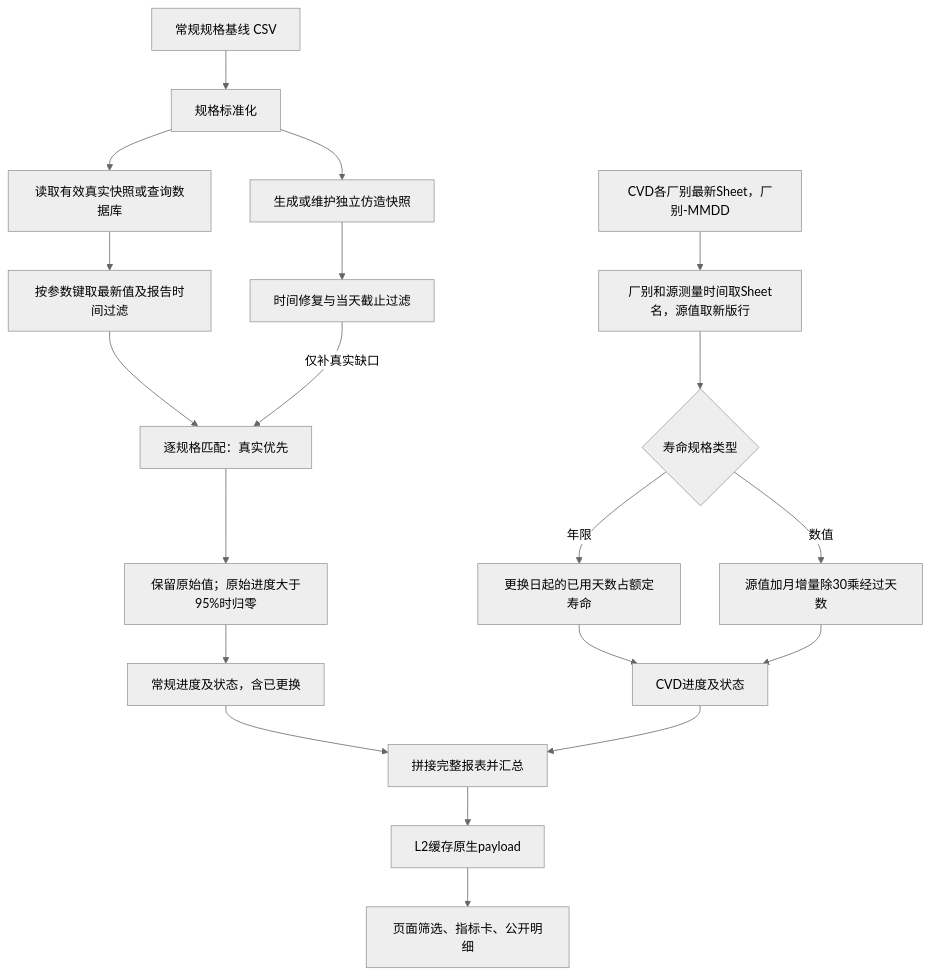
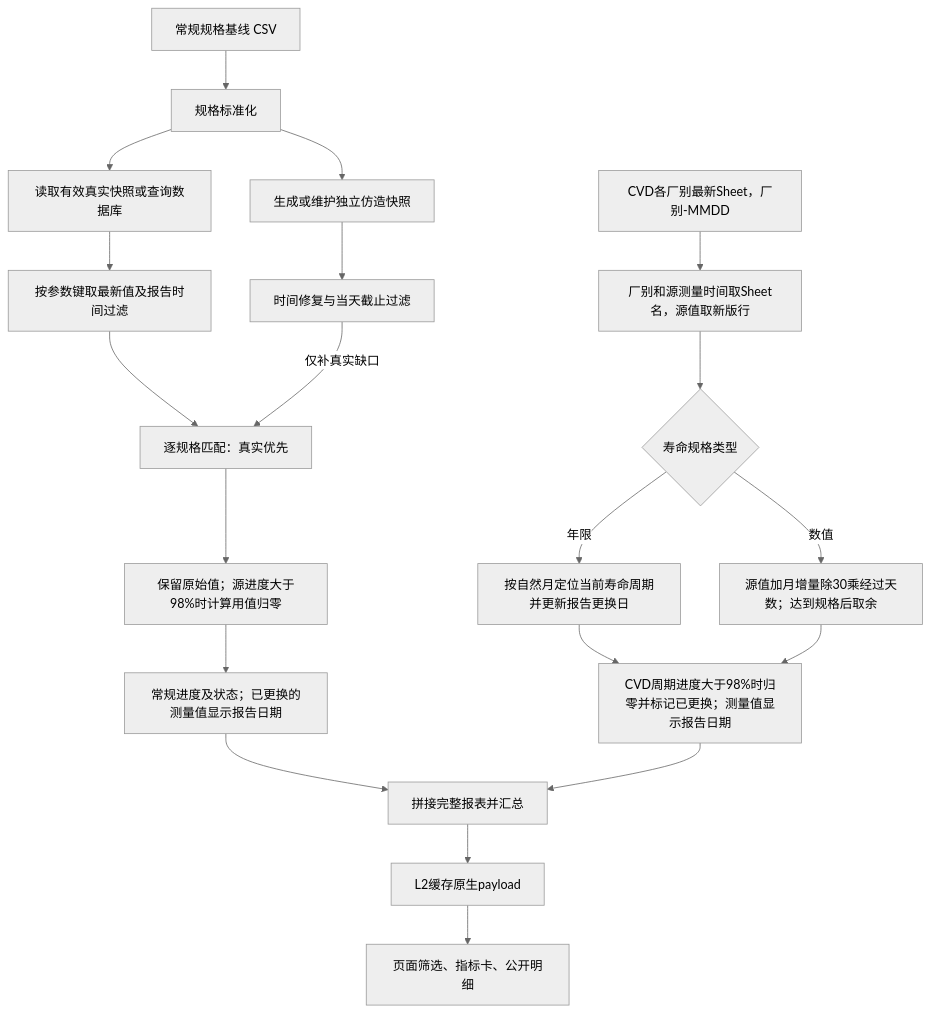
The diagram in references/domain/equipment_domain/parts/data-flow-critical-parts.md (wzygio/vivo-project), drawn with Mermaid (neutral theme) before and after one commit. The commit also changed other lines of this file and 146 other files, not shown here.

````diff
--- a/references/domain/equipment_domain/parts/data-flow-critical-parts.md
+++ b/references/domain/equipment_domain/parts/data-flow-critical-parts.md
@@ -19,22 +19,22 @@
 ```mermaid
 flowchart TD
     A[常规规格基线 CSV] --> B[规格标准化]
     B --> C[读取有效真实快照或查询数据库]
     C --> D[按参数键取最新值及报告时间过滤]
     B --> E[生成或维护独立仿造快照]
     E --> F[时间修复与当天截止过滤]
     D --> G[逐规格匹配：真实优先]
     F -->|仅补真实缺口| G
-    G --> H[保留原始值；原始进度大于95%时归零]
-    H --> I[常规进度及状态，含已更换]
+    G --> H[保留原始值；源进度大于98%时计算用值归零]
+    H --> I[常规进度及状态；已更换的测量值显示报告日期]
     J[CVD各厂别最新Sheet，厂别-MMDD] --> J1[厂别和源测量时间取Sheet名，源值取新版行]
     J1 --> K{寿命规格类型}
-    K -->|年限| L[更换日起的已用天数占额定寿命]
-    K -->|数值| M[源值加月增量除30乘经过天数]
-    L --> N[CVD进度及状态]
+    K -->|年限| L[按自然月定位当前寿命周期并更新报告更换日]
+    K -->|数值| M[源值加月增量除30乘经过天数；达到规格后取余]
+    L --> N[CVD周期进度大于98%时归零并标记已更换；测量值显示报告日期]
     M --> N
     I --> O[拼接完整报表并汇总]
     N --> O
     O --> P[L2缓存原生payload]
     P --> Q[页面筛选、指标卡、公开明细]
 ```
````
